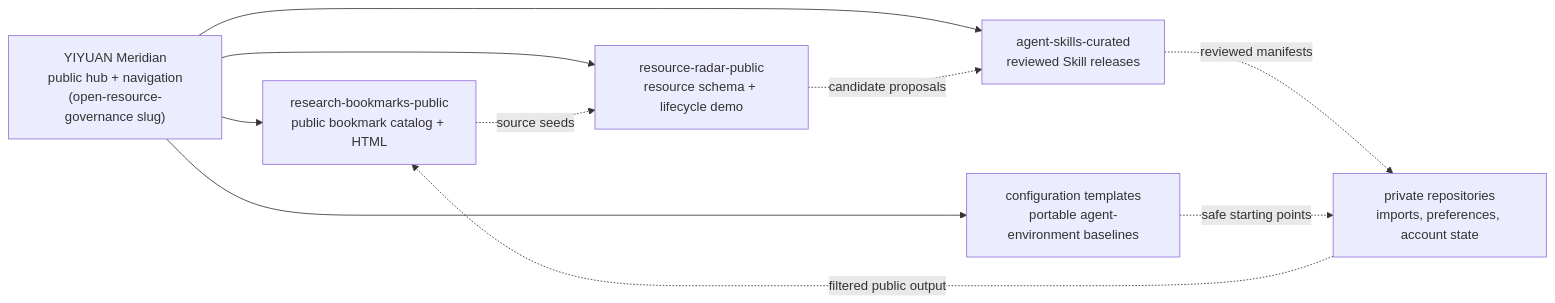
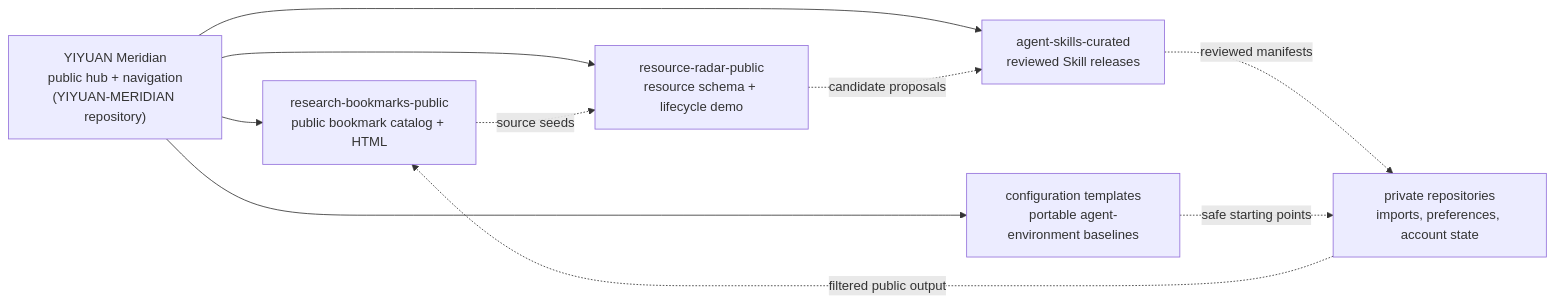
One commit to yiheng8023/open-resource-governance changed the diagram in README.md. Above: the diagram before and after it, drawn with Mermaid. The commit also changed other lines of this file and 1 other file, not shown here.

````diff
--- a/README.md
+++ b/README.md
@@ -84,19 +84,19 @@
 ```mermaid
 flowchart LR
-  hub["YIYUAN Meridian<br/>public hub + navigation<br/>(open-resource-governance slug)"]
+  hub["YIYUAN Meridian<br/>public hub + navigation<br/>(YIYUAN-MERIDIAN repository)"]
   bookmarks["research-bookmarks-public<br/>public bookmark catalog + HTML"]
   radar["resource-radar-public<br/>resource schema + lifecycle demo"]
   templates["configuration templates<br/>portable agent-environment baselines"]
   private["private repositories<br/>imports, preferences, account state"]
   skills["agent-skills-curated<br/>reviewed Skill releases"]
 
   hub --> bookmarks
   hub --> radar
   hub --> templates
   hub --> skills
   private -. "filtered public output" .-> bookmarks
   bookmarks -. "source seeds" .-> radar
   radar -. "candidate proposals" .-> skills
   skills -. "reviewed manifests" .-> private
   templates -. "safe starting points" .-> private
 ```
````
